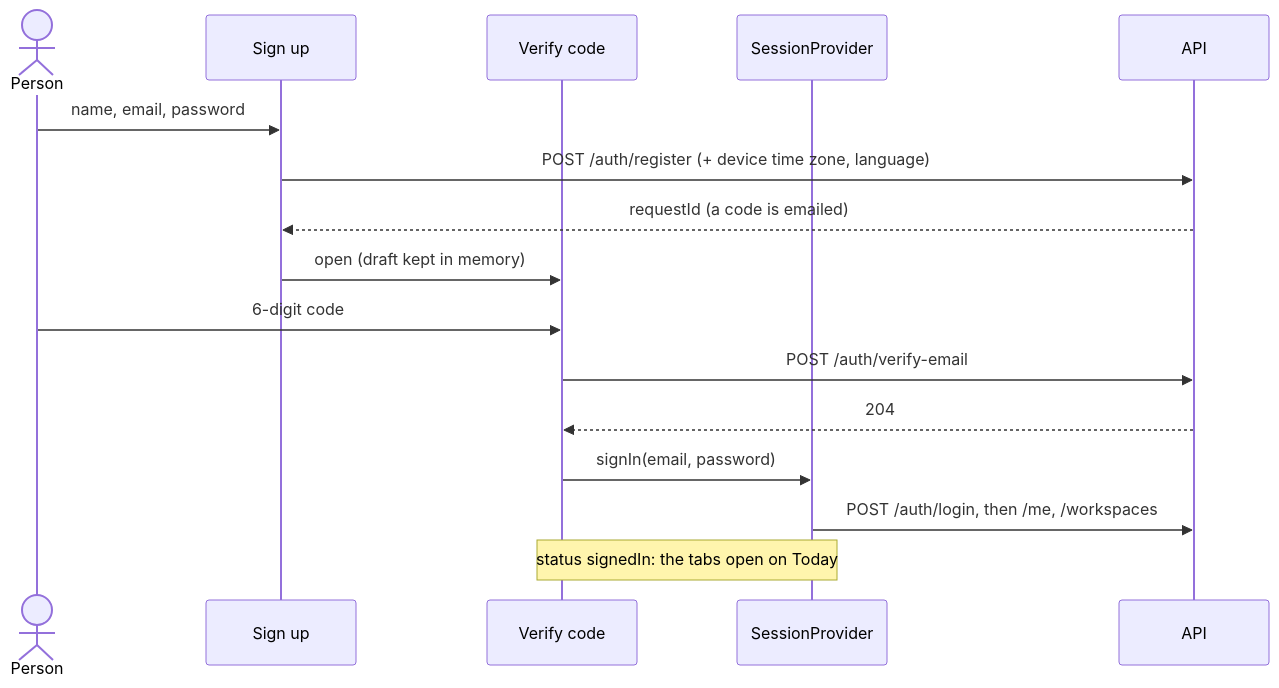
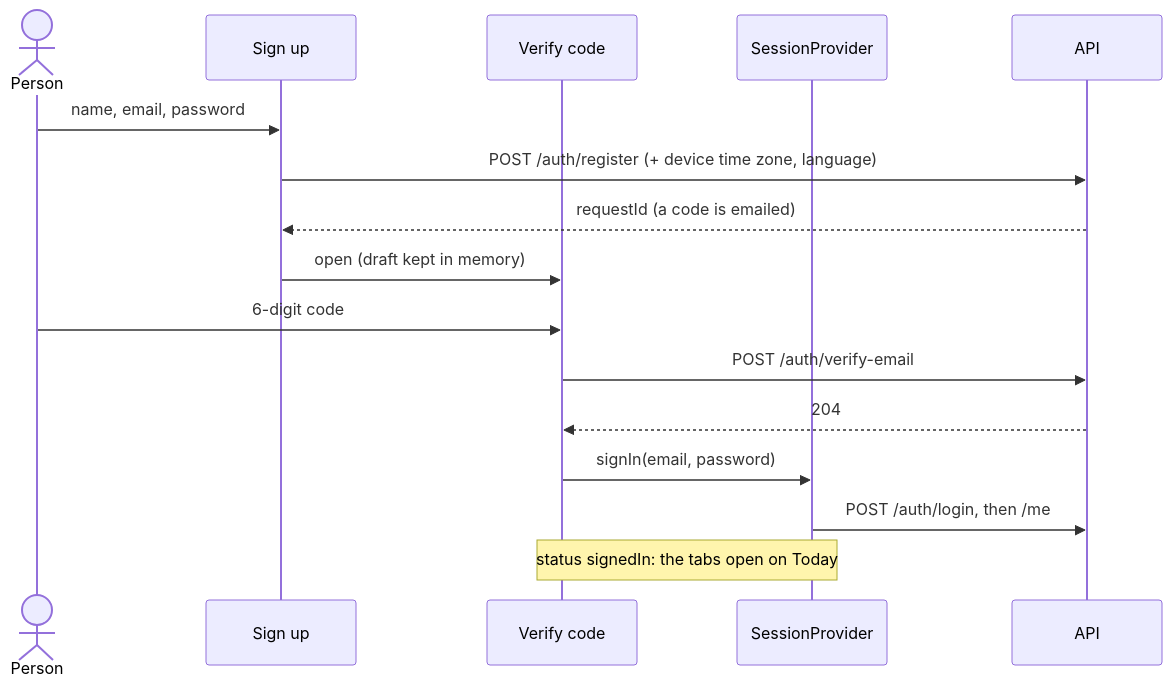
The diagram in docs/auth/sign-up.md (opolancoh/tasky-mobile), drawn with Mermaid before and after one commit. The commit also changed other lines of this file and 34 other files, not shown here.

````diff
--- a/docs/auth/sign-up.md
+++ b/docs/auth/sign-up.md
@@ -17,18 +17,18 @@
 ```mermaid
 sequenceDiagram
     actor U as Person
     participant S as Sign up
     participant V as Verify code
     participant P as SessionProvider
     participant A as API
     U->>S: name, email, password
     S->>A: POST /auth/register (+ device time zone, language)
     A-->>S: requestId (a code is emailed)
     S->>V: open (draft kept in memory)
     U->>V: 6-digit code
     V->>A: POST /auth/verify-email
     A-->>V: 204
     V->>P: signIn(email, password)
-    P->>A: POST /auth/login, then /me, /workspaces
+    P->>A: POST /auth/login, then /me
     Note over V,P: status signedIn: the tabs open on Today
 ```
````
